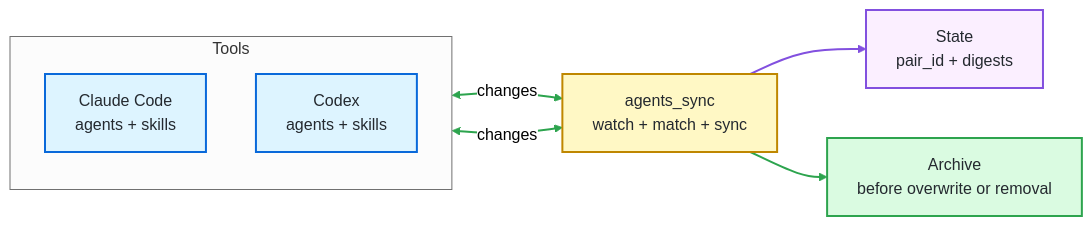
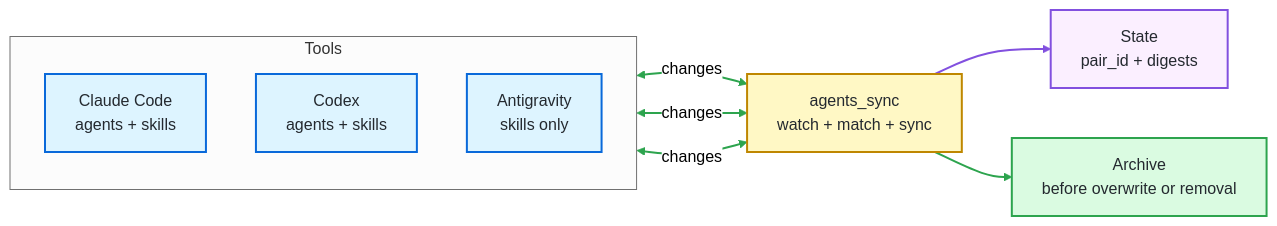
The diagram in README.md (cognitivesand/agents_sync), drawn with Mermaid (neutral theme) before and after one commit. The commit also changed other lines of this file and 3 other files, not shown here.

````diff
--- a/README.md
+++ b/README.md
@@ -60,31 +61,33 @@
 ```mermaid
 flowchart LR
     subgraph Tools["Tools"]
         direction TB
         Claude["Claude Code<br/>agents + skills"]
         Codex["Codex<br/>agents + skills"]
+        Antigravity["Antigravity<br/>skills only"]
     end
 
     Sync["agents_sync<br/>watch + match + sync"]
     State["State<br/>pair_id + digests"]
     Archive["Archive<br/>before overwrite or removal"]
 
     Claude <-->|changes| Sync
     Codex <-->|changes| Sync
+    Antigravity <-->|changes| Sync
     Sync --> State
     Sync --> Archive
 
     classDef side fill:#ddf4ff,stroke:#0969da,stroke-width:2px,color:#24292f
     classDef sync fill:#fff8c5,stroke:#bf8700,stroke-width:2px,color:#24292f
     classDef state fill:#fbefff,stroke:#8250df,stroke-width:2px,color:#24292f
     classDef archive fill:#dafbe1,stroke:#2da44e,stroke-width:2px,color:#24292f
 
-    class Claude,Codex side
+    class Claude,Codex,Antigravity side
     class Sync sync
     class State state
     class Archive archive
 
-    linkStyle 0,1 stroke:#2da44e,stroke-width:2px
-    linkStyle 2 stroke:#8250df,stroke-width:2px
-    linkStyle 3 stroke:#2da44e,stroke-width:2px
+    linkStyle 0,1,2 stroke:#2da44e,stroke-width:2px
+    linkStyle 3 stroke:#8250df,stroke-width:2px
+    linkStyle 4 stroke:#2da44e,stroke-width:2px
 ```
````
